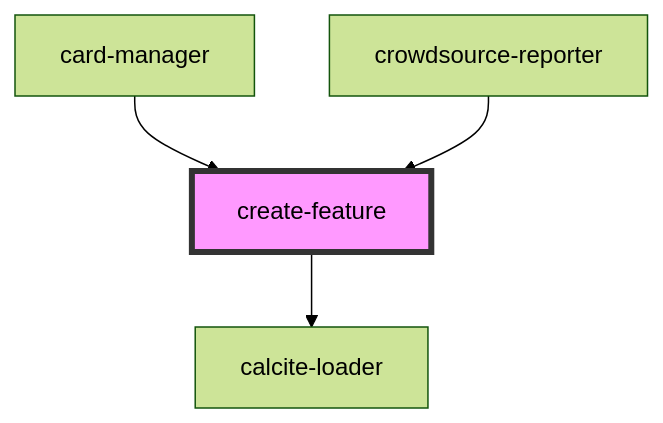
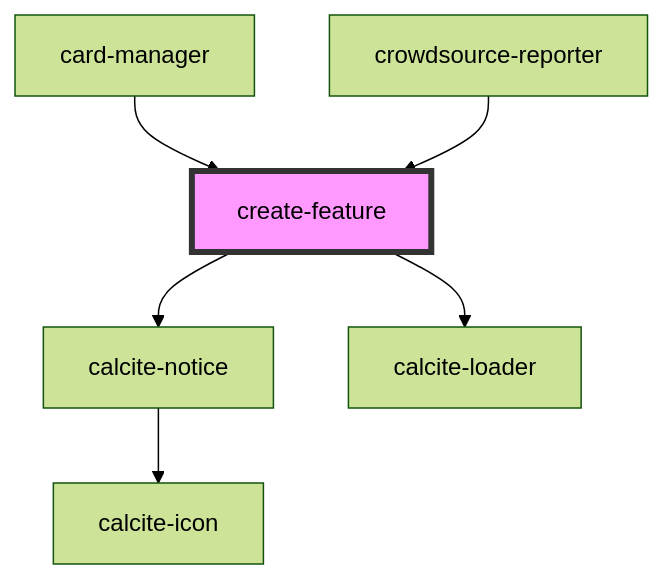
One commit to Esri/solutions-components changed the diagram in src/components/create-feature/readme.md. Above: the diagram before and after it, drawn with Mermaid (forest theme). The commit also changed other lines of this file and 8 other files, not shown here.

````diff
--- a/src/components/create-feature/readme.md
+++ b/src/components/create-feature/readme.md
@@ -85,7 +87,9 @@
 ```mermaid
 graph TD;
+  create-feature --> calcite-notice
   create-feature --> calcite-loader
+  calcite-notice --> calcite-icon
   card-manager --> create-feature
   crowdsource-reporter --> create-feature
   style create-feature fill:#f9f,stroke:#333,stroke-width:4px
 ```
````
